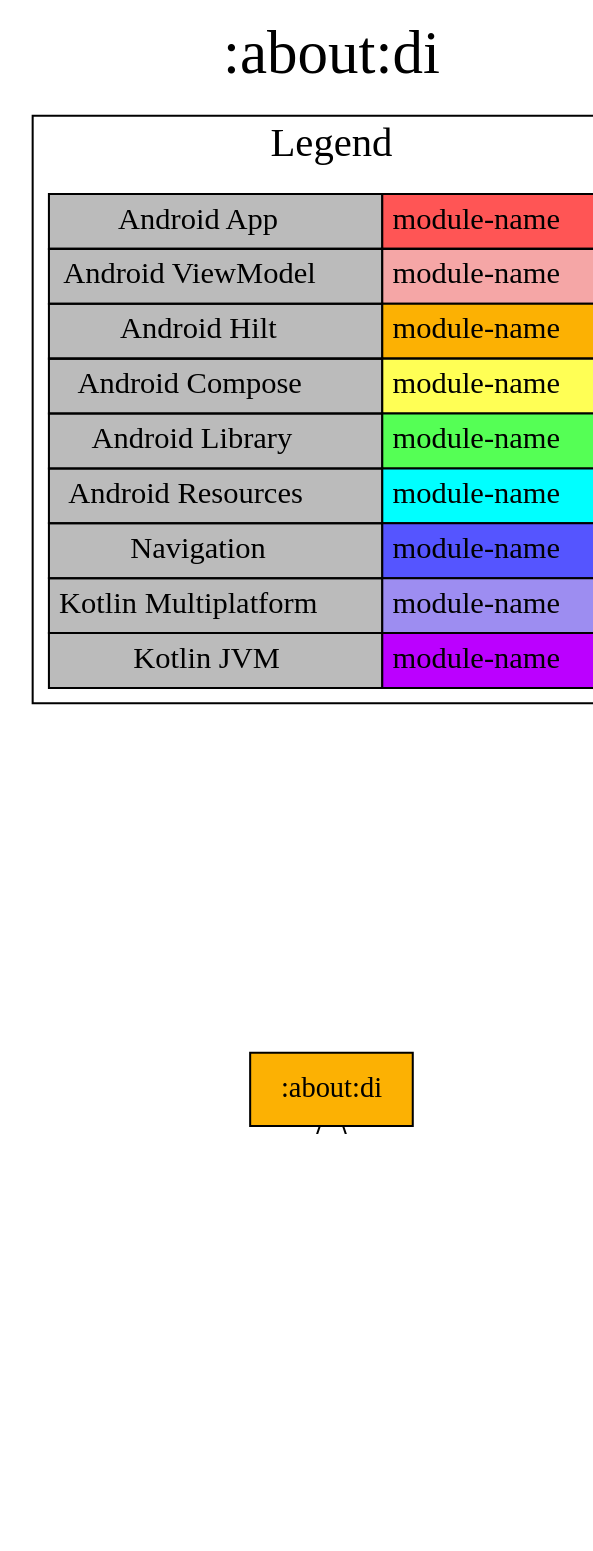
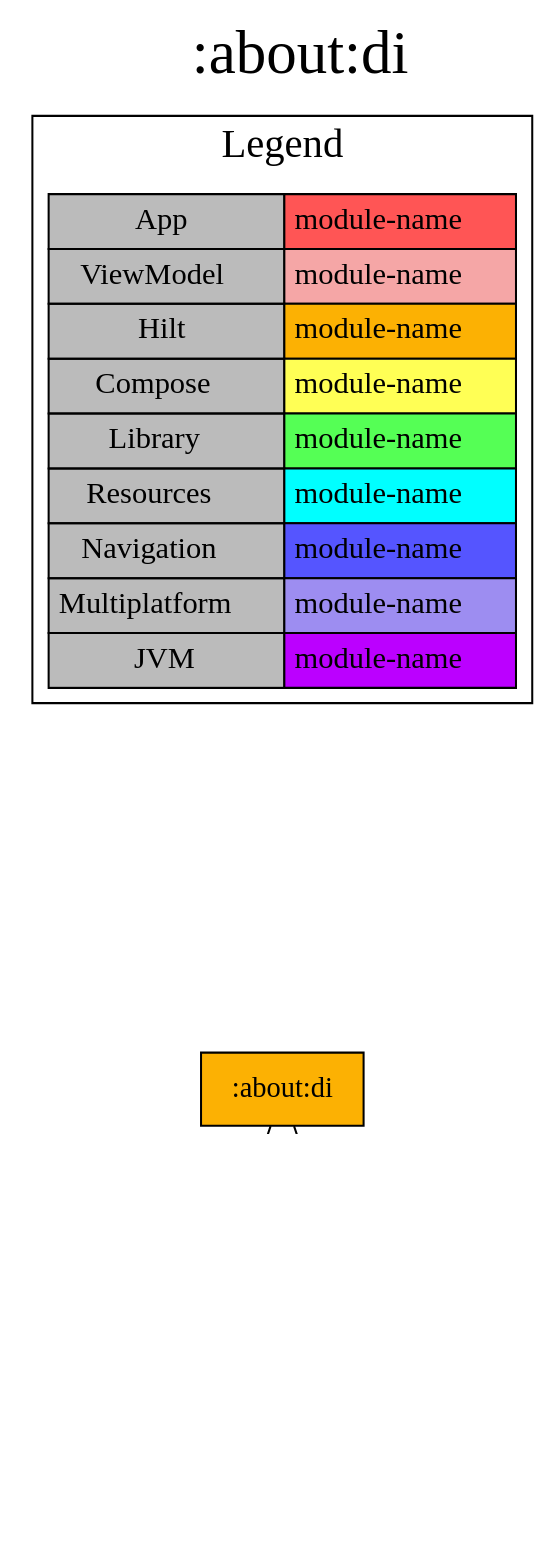
The diagram in modules/about/di/project-dependency-graph.dot (jonapoul/nasa-android), drawn with Graphviz before and after one commit. The commit also changed 236 other files, not shown here.

```diff
--- a/modules/about/di/project-dependency-graph.dot
+++ b/modules/about/di/project-dependency-graph.dot
@@ -1,32 +1,32 @@
 digraph {
 edge ["dir"="forward"]
 graph ["dpi"="100","label"=":about:di","labelloc"="t","fontsize"="30","ranksep"="2.5","rankdir"="TB"]
 node ["style"="filled"]
 ":about:di" ["shape"="box","fillcolor"="#FCB103"]
-":about:data" ["fillcolor"="#BB00FF","shape"="box"]
-":core:http:factories" ["fillcolor"="#BB00FF","shape"="box"]
+":about:data" ["fillcolor"="#9D8DF1","shape"="box"]
+":core:http:factories" ["fillcolor"="#9D8DF1","shape"="box"]
 {
 edge ["dir"="none"]
 graph ["rank"="same"]
 ":about:di"
 }
 ":about:di" -> ":about:data"
 ":about:di" -> ":core:http:factories"
 subgraph "cluster_legend" {
 edge ["dir"="none"]
 graph ["label"="Legend","fontsize"="20"]
 "Legend" ["style"="filled","fillcolor"="#bbbbbb","shape"="none","margin"="0","fontsize"="15","label"=<
 <TABLE BORDER="0" CELLBORDER="1" CELLSPACING="0" CELLPADDING="4">
-<TR><TD>Android App</TD><TD BGCOLOR="#FF5555">module-name</TD></TR>
-<TR><TD>Android ViewModel</TD><TD BGCOLOR="#F5A6A6">module-name</TD></TR>
-<TR><TD>Android Hilt</TD><TD BGCOLOR="#FCB103">module-name</TD></TR>
-<TR><TD>Android Compose</TD><TD BGCOLOR="#FFFF55">module-name</TD></TR>
-<TR><TD>Android Library</TD><TD BGCOLOR="#55FF55">module-name</TD></TR>
-<TR><TD>Android Resources</TD><TD BGCOLOR="#00FFFF">module-name</TD></TR>
+<TR><TD>App</TD><TD BGCOLOR="#FF5555">module-name</TD></TR>
+<TR><TD>ViewModel</TD><TD BGCOLOR="#F5A6A6">module-name</TD></TR>
+<TR><TD>Hilt</TD><TD BGCOLOR="#FCB103">module-name</TD></TR>
+<TR><TD>Compose</TD><TD BGCOLOR="#FFFF55">module-name</TD></TR>
+<TR><TD>Library</TD><TD BGCOLOR="#55FF55">module-name</TD></TR>
+<TR><TD>Resources</TD><TD BGCOLOR="#00FFFF">module-name</TD></TR>
 <TR><TD>Navigation</TD><TD BGCOLOR="#5555FF">module-name</TD></TR>
-<TR><TD>Kotlin Multiplatform</TD><TD BGCOLOR="#9D8DF1">module-name</TD></TR>
-<TR><TD>Kotlin JVM</TD><TD BGCOLOR="#BB00FF">module-name</TD></TR>
+<TR><TD>Multiplatform</TD><TD BGCOLOR="#9D8DF1">module-name</TD></TR>
+<TR><TD>JVM</TD><TD BGCOLOR="#BB00FF">module-name</TD></TR>
 </TABLE>
 >]
 } -> ":about:di" ["style"="invis"]
 }
```
